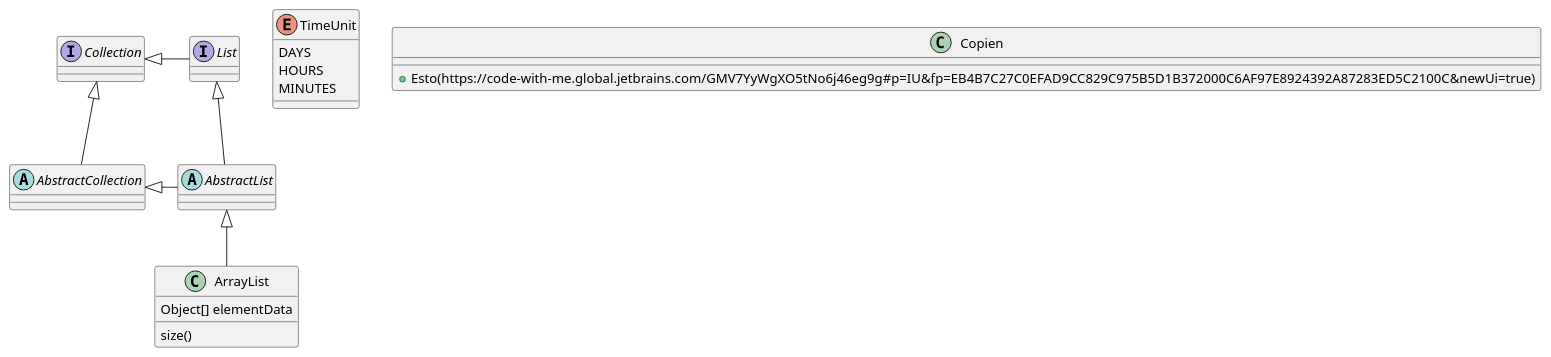
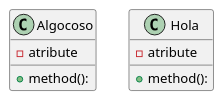
The diagram in Diagramas/Diagrama Boceto.puml (lorenzocabirta7/TP2-Algoritmos-y-Programacion-III), drawn with PlantUML before and after one commit.

Commit message:
probando puml

```diff
--- a/Diagramas/Diagrama Boceto.puml
+++ b/Diagramas/Diagrama Boceto.puml
@@ -1,30 +1,15 @@
 @startuml
-'https://plantuml.com/class-diagram
+'https://plantuml.com/class-diagram'
 
-abstract class AbstractList
-abstract AbstractCollection
-interface List
-interface Collection
-
-List <|-- AbstractList
-Collection <|-- AbstractCollection
-
-Collection <|- List
-AbstractCollection <|- AbstractList
-AbstractList <|-- ArrayList
-
-class ArrayList {
-Object[] elementData
-size()
+class Algocoso {
+    - atribute
+    + method():
 }
 
-enum TimeUnit {
-DAYS
-HOURS
-MINUTES
+class Hola {
+    - atribute
+    + method():
 }
 
-class Copien {
-+ Esto(https://code-with-me.global.jetbrains.com/GMV7YyWgXO5tNo6j46eg9g#p=IU&fp=EB4B7C27C0EFAD9CC829C975B5D1B372000C6AF97E8924392A87283ED5C2100C&newUi=true)
-}
+
 @enduml
```
